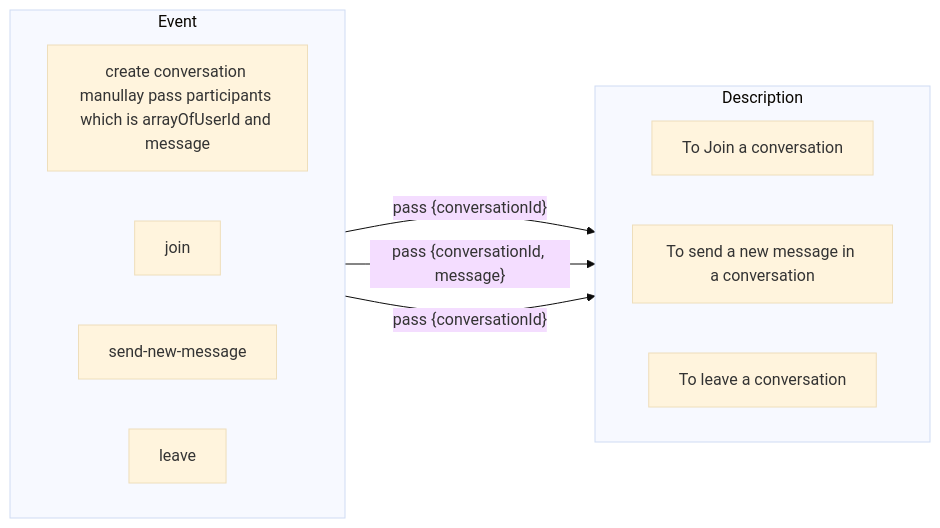
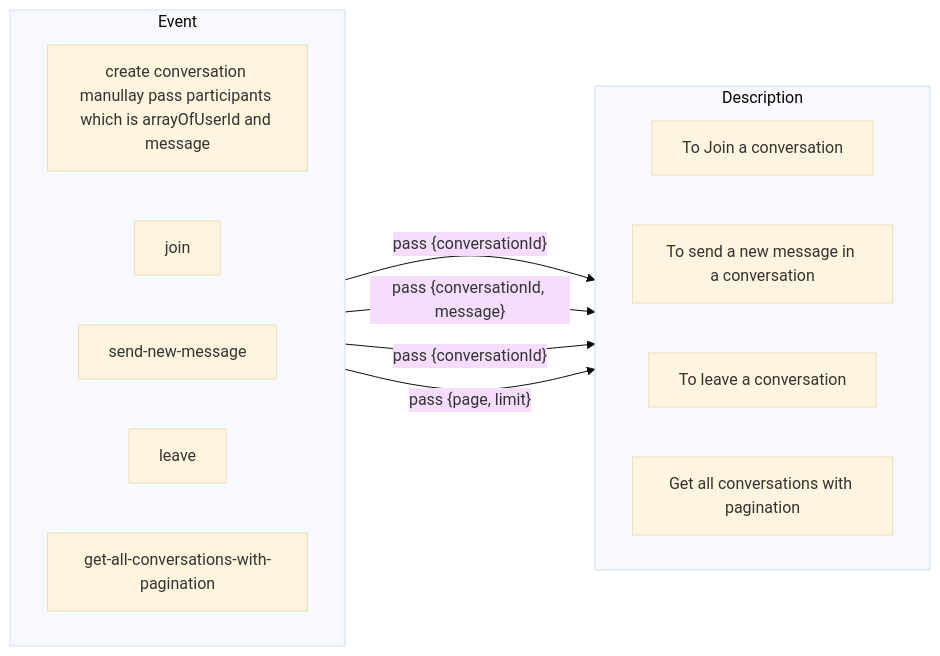
Before and after one commit to MohammadSheakh/Sikring-camera-backend: the diagram in src/helpers/chat.mermaid, drawn with Mermaid (base theme). The commit also changed 1 other file, not shown here.

```diff
--- a/src/helpers/chat.mermaid
+++ b/src/helpers/chat.mermaid
@@ -1,19 +1,21 @@
 flowchart LR
    subgraph Description
       
         direction LR
 
          Ad[To Join a conversation]
          Cd[To send a new message in a conversation]
          Bd[To leave a conversation]
+         Dd[Get all conversations with pagination]
         
   end
 
   subgraph Event
         direction LR
         A1[create conversation manullay pass participants which is arrayOfUserId and message] 
 
         A[join] --pass {conversationId}--> Ad
         C[send-new-message] --pass {conversationId, message}-->Cd
         B[leave] --pass {conversationId}--> Bd    
+        D[get-all-conversations-with-pagination] --pass {page, limit}--> Dd
   end
```
